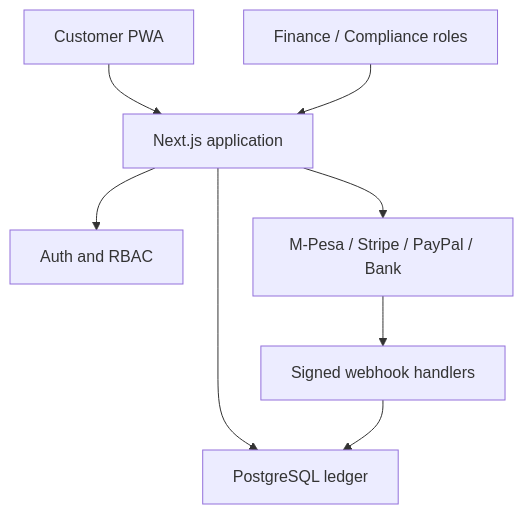
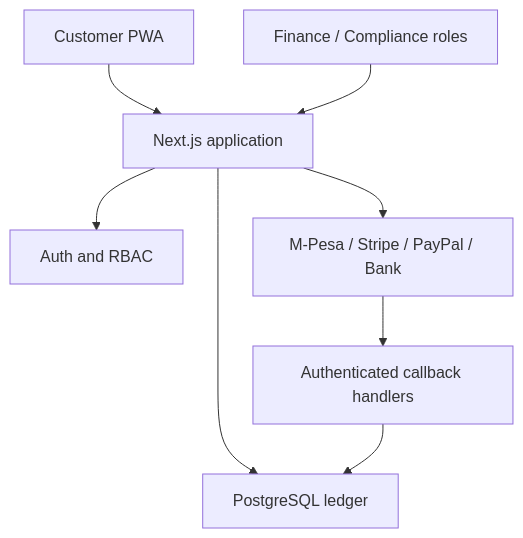
The diagram in docs/ARCHITECTURE.md (GAN-007/BANK_NOW), drawn with Mermaid before and after one commit. The commit also changed other lines of this file, not shown here.

Commit message:
docs: clarify provider callback authentication

````diff
--- a/docs/ARCHITECTURE.md
+++ b/docs/ARCHITECTURE.md
@@ -5,10 +5,10 @@
 ```mermaid
 flowchart TD
   Customer["Customer PWA"] --> App["Next.js application"]
   App --> Auth["Auth and RBAC"]
   App --> Ledger["PostgreSQL ledger"]
   App --> Providers["M-Pesa / Stripe / PayPal / Bank"]
-  Providers --> Webhooks["Signed webhook handlers"]
+  Providers --> Webhooks["Authenticated callback handlers"]
   Webhooks --> Ledger
   Finance["Finance / Compliance roles"] --> App
 ```
````
